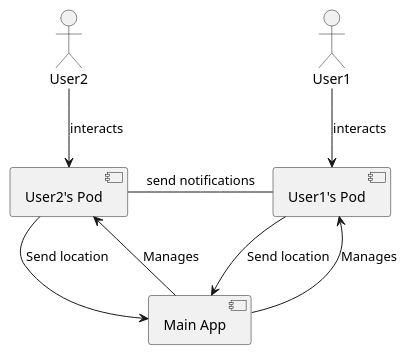
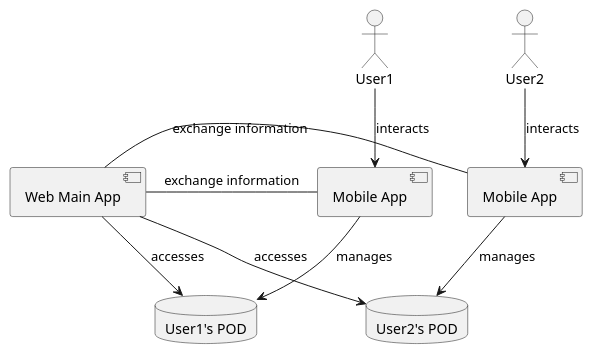
One commit to Arquisoft/radarin_en1b changed the diagram in webapp/docs/03_system_scope_and_context.adoc. Above: the diagram before and after it, drawn with PlantUML. The commit also changed other lines of this file, not shown here.

Commit message:
Refactored business context diagram. Technical context diagram is removed since we don't have enough information yet to build it and it's not commonly represented in documentation.

```diff
--- a/webapp/docs/03_system_scope_and_context.adoc
+++ b/webapp/docs/03_system_scope_and_context.adoc
@@ -14,10 +14,15 @@
-[plantuml,"Component diagram",png]
+[plantuml,"ComponentDiagramContextAndScope",png]
 ----
-:User1: --> [User1's Pod]: interacts
-[User1's Pod] --> [Main App]: Send location
-[Main App] --> [User1's Pod]: Manages
-:User2: --> [User2's Pod]: interacts
-[User2's Pod] - [User1's Pod]: send notifications
-[User2's Pod] --> [Main App]: Send location
-[Main App] --> [User2's Pod]: Manages
+database "User1's POD" as Pod1
+database "User2's POD" as Pod2
+component "Mobile App" as MAV1
+component "Mobile App" as MAV2
+:User1: --> [MAV1]: interacts
+:User2: --> [MAV2]: interacts
+[MAV1] --> [Pod1]: manages
+[MAV2] --> [Pod2]: manages
+[Web Main App] - [MAV1]: exchange information
+[Web Main App] - [MAV2]: exchange information
+[Web Main App] --> [Pod1]: accesses
+[Web Main App] --> [Pod2]: accesses
 ----
```
